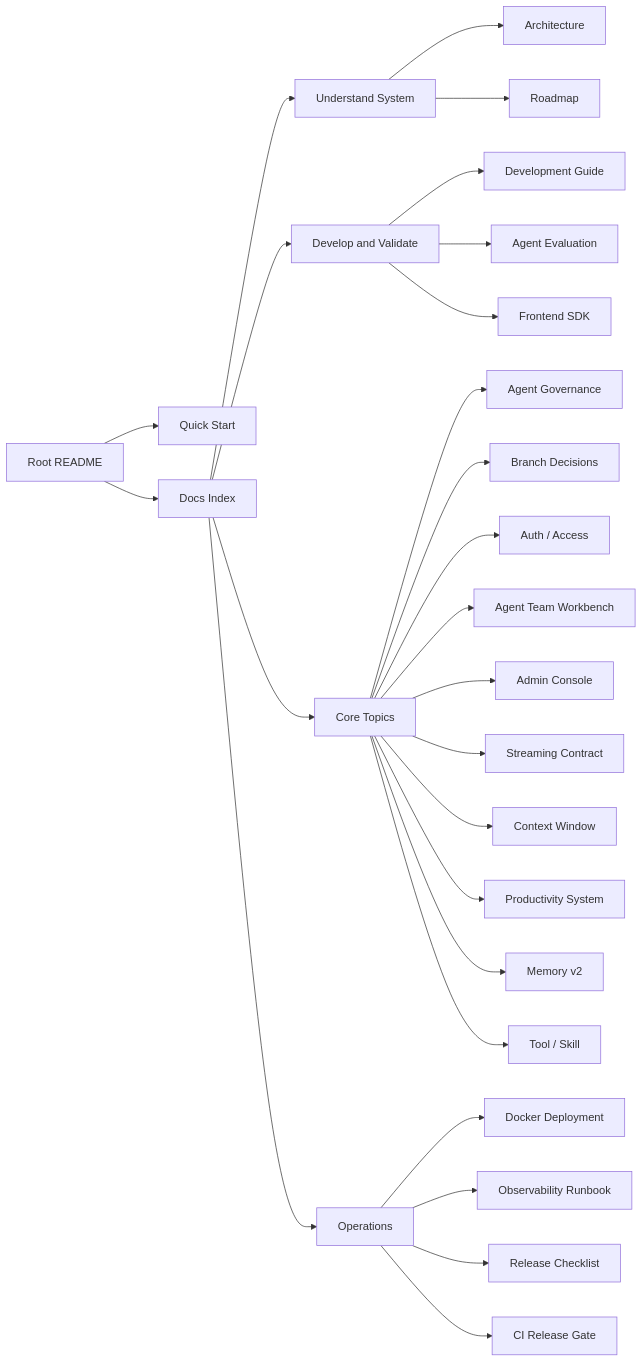
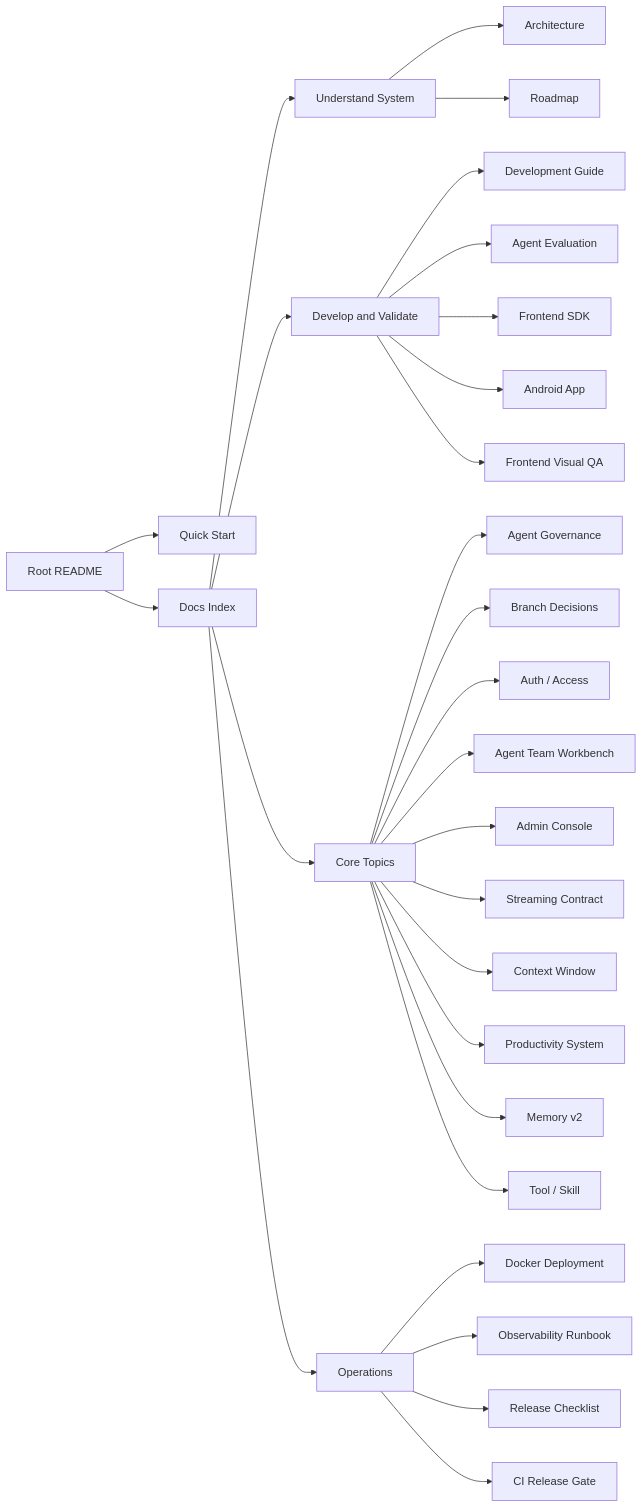
One commit to William-zgx/focus-agent changed the diagram in docs/README.md. Above: the diagram before and after it, drawn with Mermaid. The commit also changed other lines of this file and 18 other files, not shown here.

````diff
--- a/docs/README.md
+++ b/docs/README.md
@@ -9,28 +9,30 @@
 ```mermaid
 flowchart LR
     README["Root README"] --> Quick["Quick Start"]
     README --> Docs["Docs Index"]
     Docs --> Understand["Understand System"]
     Docs --> Develop["Develop and Validate"]
     Docs --> Topics["Core Topics"]
     Docs --> Ops["Operations"]
     Understand --> Architecture["Architecture"]
     Understand --> Roadmap["Roadmap"]
     Develop --> DevGuide["Development Guide"]
     Develop --> EvalGuide["Agent Evaluation"]
     Develop --> SDK["Frontend SDK"]
+    Develop --> Android["Android App"]
+    Develop --> FrontendQA["Frontend Visual QA"]
     Topics --> Governance["Agent Governance"]
     Topics --> BranchDecision["Branch Decisions"]
     Topics --> AuthAccess["Auth / Access"]
     Topics --> AgentTeam["Agent Team Workbench"]
     Topics --> Admin["Admin Console"]
     Topics --> Streaming["Streaming Contract"]
     Topics --> ContextWindow["Context Window"]
     Topics --> Productivity["Productivity System"]
     Topics --> Memory["Memory v2"]
     Topics --> Tools["Tool / Skill"]
     Ops --> Docker["Docker Deployment"]
     Ops --> Observability["Observability Runbook"]
     Ops --> Release["Release Checklist"]
     Ops --> CIGate["CI Release Gate"]
 ```
````
